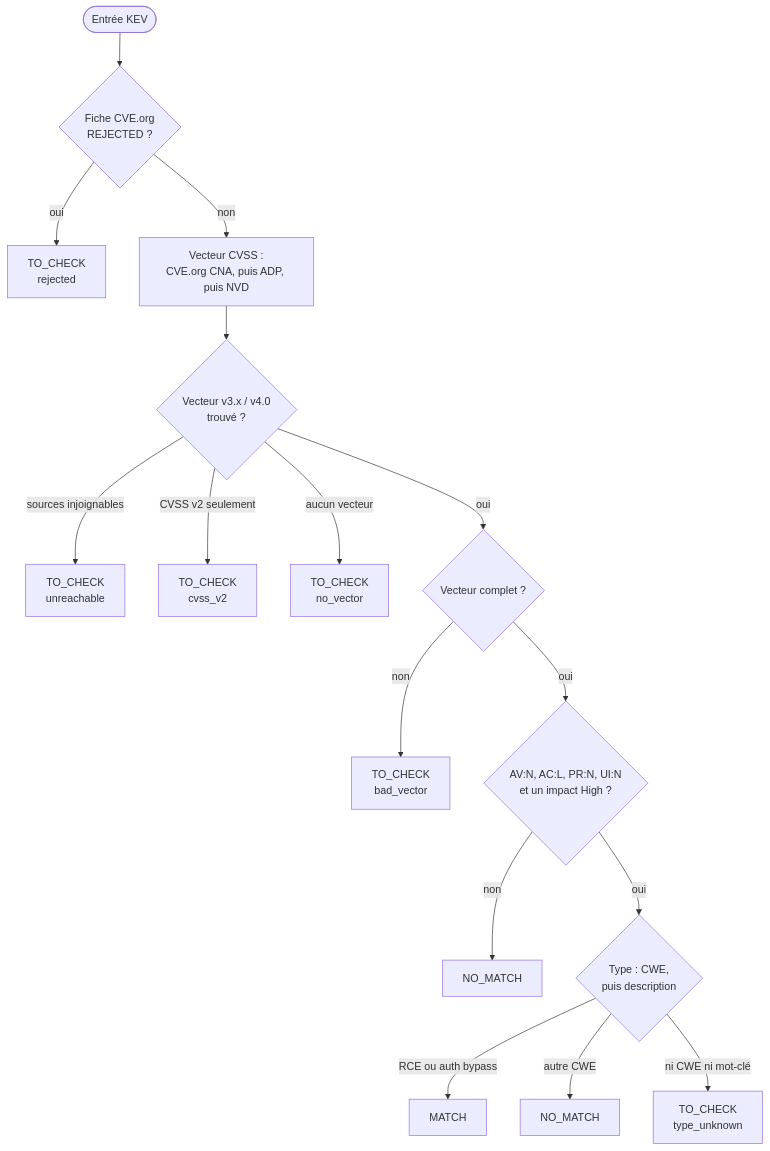
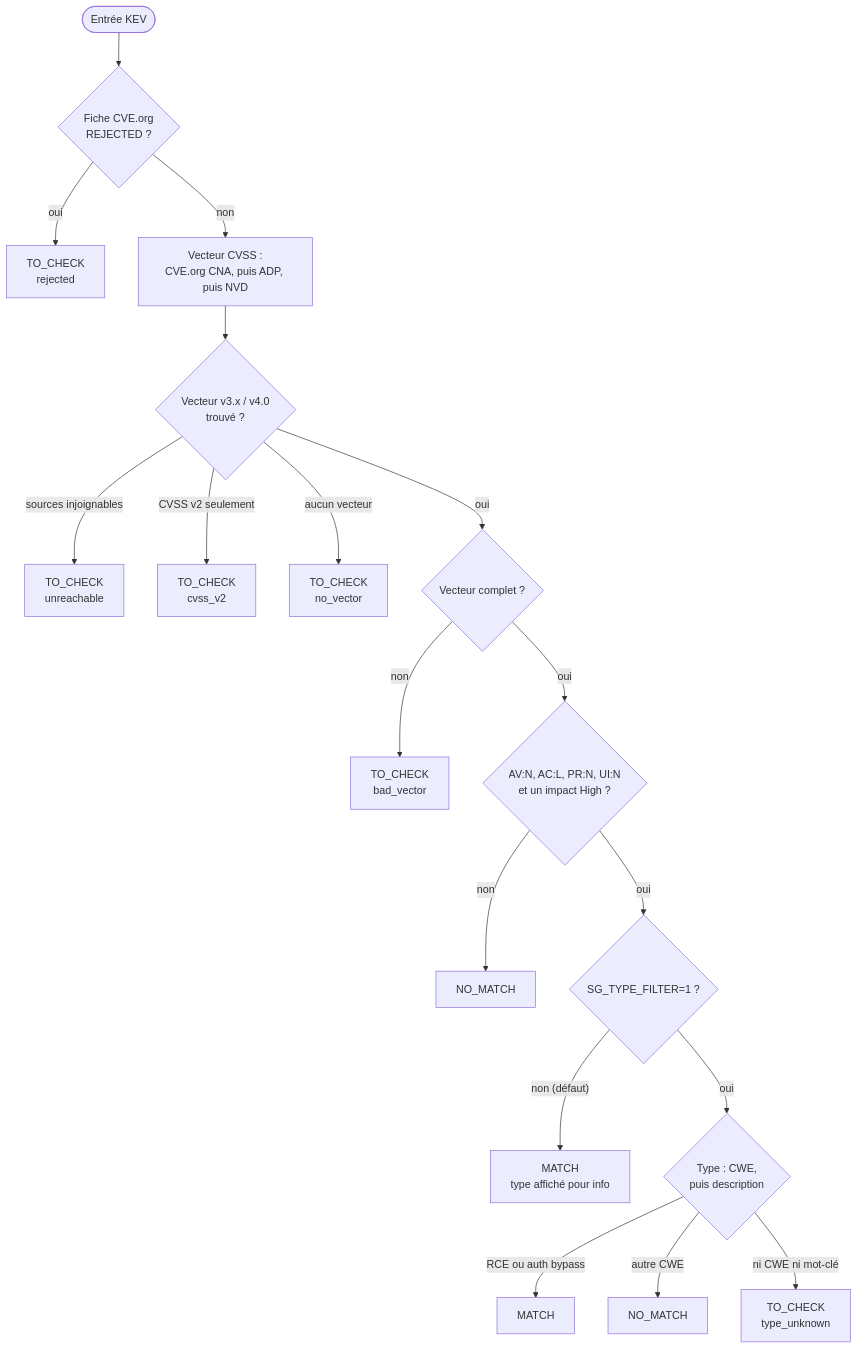
One commit to Ahmed94120/VulnSearch changed the seventh of 9 diagrams in README.md. Above: the diagram before and after it, drawn with Mermaid. The commit also changed other lines of this file and 5 other files, not shown here.

````diff
--- a/README.md
+++ b/README.md
@@ -233,18 +283,20 @@
 ```mermaid
 flowchart TD
     S(["Entrée KEV"]) --> R{"Fiche CVE.org<br/>REJECTED ?"}
     R -- oui --> TC1["TO_CHECK<br/>rejected"]
     R -- non --> V["Vecteur CVSS :<br/>CVE.org CNA, puis ADP, puis NVD"]
     V --> V1{"Vecteur v3.x / v4.0<br/>trouvé ?"}
     V1 -- "sources injoignables" --> TC2["TO_CHECK<br/>unreachable"]
     V1 -- "CVSS v2 seulement" --> TC3["TO_CHECK<br/>cvss_v2"]
     V1 -- "aucun vecteur" --> TC4["TO_CHECK<br/>no_vector"]
     V1 -- oui --> P{"Vecteur complet ?"}
     P -- non --> TC5["TO_CHECK<br/>bad_vector"]
     P -- oui --> Q{"AV:N, AC:L, PR:N, UI:N<br/>et un impact High ?"}
     Q -- non --> NM1["NO_MATCH"]
-    Q -- oui --> T{"Type : CWE,<br/>puis description"}
+    Q -- oui --> F{"SG_TYPE_FILTER=1 ?"}
+    F -- "non (défaut)" --> M0["MATCH<br/>type affiché pour info"]
+    F -- oui --> T{"Type : CWE,<br/>puis description"}
     T -- "RCE ou auth bypass" --> M["MATCH"]
     T -- "autre CWE" --> NM2["NO_MATCH"]
     T -- "ni CWE ni mot-clé" --> TC6["TO_CHECK<br/>type_unknown"]
 ```
````
